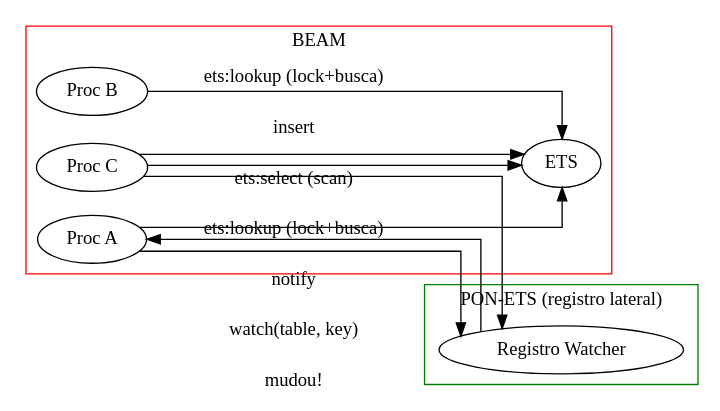
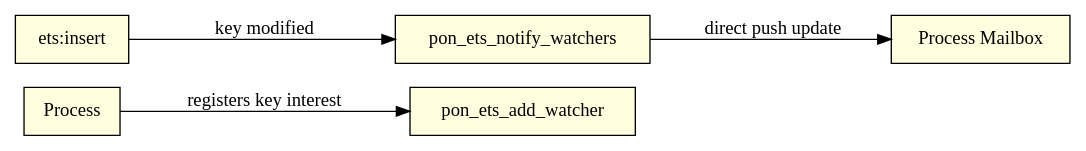
One commit to matheuscamarques/pon_beam changed the diagram in book/src/chapters/08-pon-ets.md. Above: the diagram before and after it, drawn with Graphviz. The commit also changed other lines of this file and 45 other files, not shown here.

````diff
--- a/book/src/chapters/08-pon-ets.md
+++ b/book/src/chapters/08-pon-ets.md
@@ -60,18 +31,10 @@
-```dot PON-ETS: registro lateral vs modificação direta
+```dot
 digraph pon_ets {
-  rankdir=LR; splines=ortho
-  subgraph cluster_actual {
-    label="BEAM"; color=red
-    "Proc A" -> "ETS" [label="  ets:lookup (lock+busca)"]
-    "Proc B" -> "ETS" [label="  ets:lookup (lock+busca)"]
-    "Proc C" -> "ETS" [label="  ets:select (scan)"]
-  }
-  subgraph cluster_pon {
-    label="PON-ETS (registro lateral)"; color=green
-    "Proc A" -> "Registro Watcher" [label="  watch(table, key)"]
-    "Proc C" -> "ETS" [label="  insert"]
-    "Proc C" -> "Registro Watcher" [label="  notify"]
-    "Registro Watcher" -> "Proc A" [label="  mudou!"]
-  }
+  rankdir=LR; splines=ortho;
+  node [shape=box, style=filled, fillcolor=lightyellow]
+
+  "Process" -> "pon_ets_add_watcher" [label="  registers key interest"]
+  "ets:insert" -> "pon_ets_notify_watchers" [label="  key modified"]
+  "pon_ets_notify_watchers" -> "Process Mailbox" [label="  direct push update"]
 }
 ```
````
